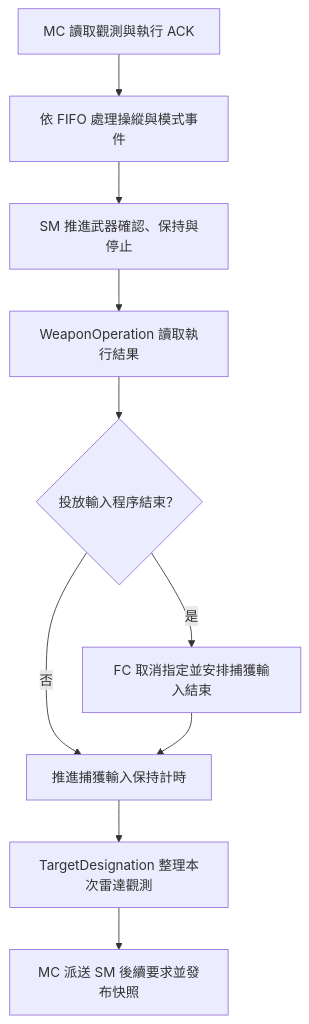
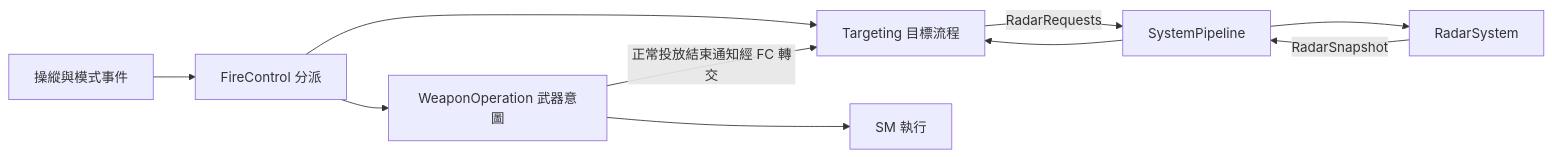
The diagram in src/efm/F-CK-1C_EFM/Core/Systems/MissionComputer/Components/FireControl/README.md (jjjjj103074/F-CK-1C), drawn with Mermaid before and after one commit. The commit also changed other lines of this file and 68 other files, not shown here.

First line of the commit message:
refactor(efm): separate targeting policy and radar execution

````diff
--- a/src/efm/F-CK-1C_EFM/Core/Systems/MissionComputer/Components/FireControl/README.md
+++ b/src/efm/F-CK-1C_EFM/Core/Systems/MissionComputer/Components/FireControl/README.md
@@ -52,12 +17,12 @@
 ```mermaid
-flowchart TD
-    READ[MC 讀取觀測與執行 ACK] --> COMMANDS[依 FIFO 處理操縱與模式事件]
-    COMMANDS --> SMEXEC[SM 推進武器確認、保持與停止]
-    SMEXEC --> WEAPON[WeaponOperation 讀取執行結果]
-    WEAPON --> RESULT{投放輸入程序結束？}
-    RESULT -->|是| CANCEL[FC 取消指定並安排捕獲輸入結束]
-    RESULT -->|否| TIMER[推進捕獲輸入保持計時]
-    CANCEL --> TIMER
-    TIMER --> OBS[TargetDesignation 整理本次雷達觀測]
-    OBS --> PUBLISH[MC 派送 SM 後續要求並發布快照]
+flowchart LR
+    INPUT[操縱與模式事件] --> FC[FireControl 分派]
+    FC --> T[Targeting 目標流程]
+    FC --> W[WeaponOperation 武器意圖]
+    W --> SM[SM 執行]
+    W -->|正常投放結束通知經 FC 轉交| T
+    T -->|RadarRequests| PIPE[SystemPipeline]
+    PIPE --> R[RadarSystem]
+    R -->|RadarSnapshot| PIPE
+    PIPE --> T
 ```
````
